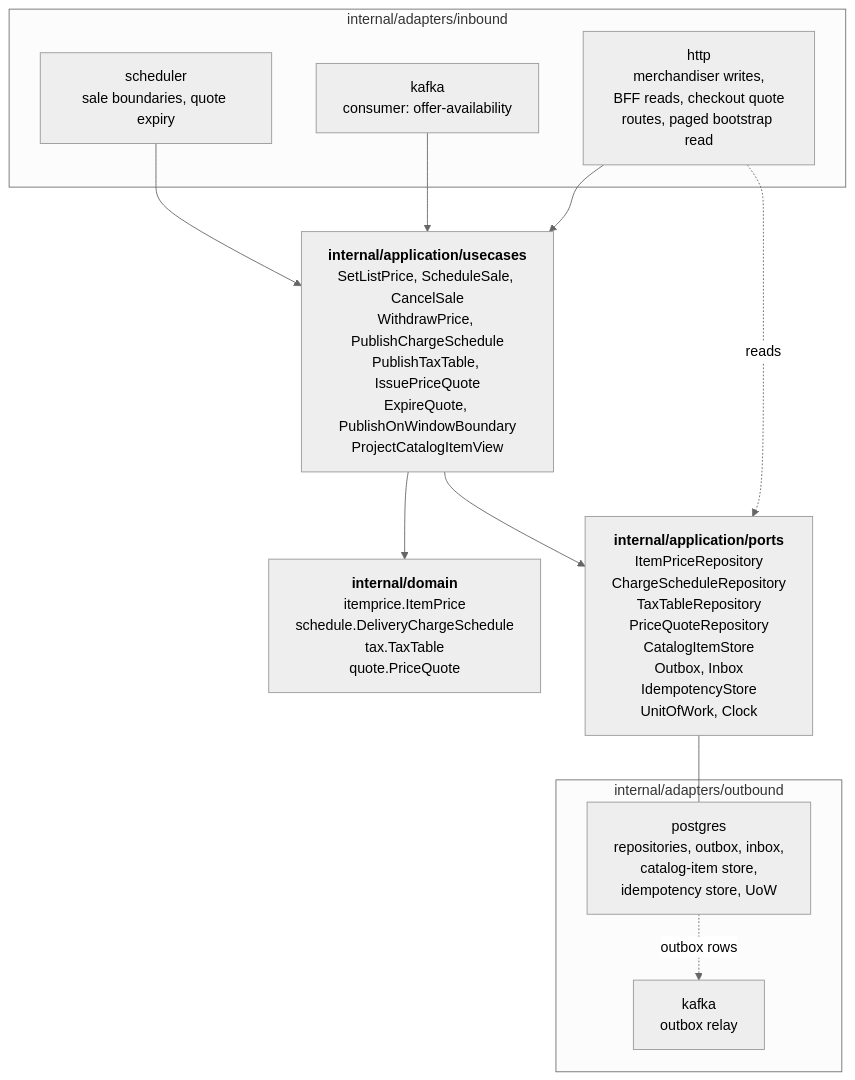
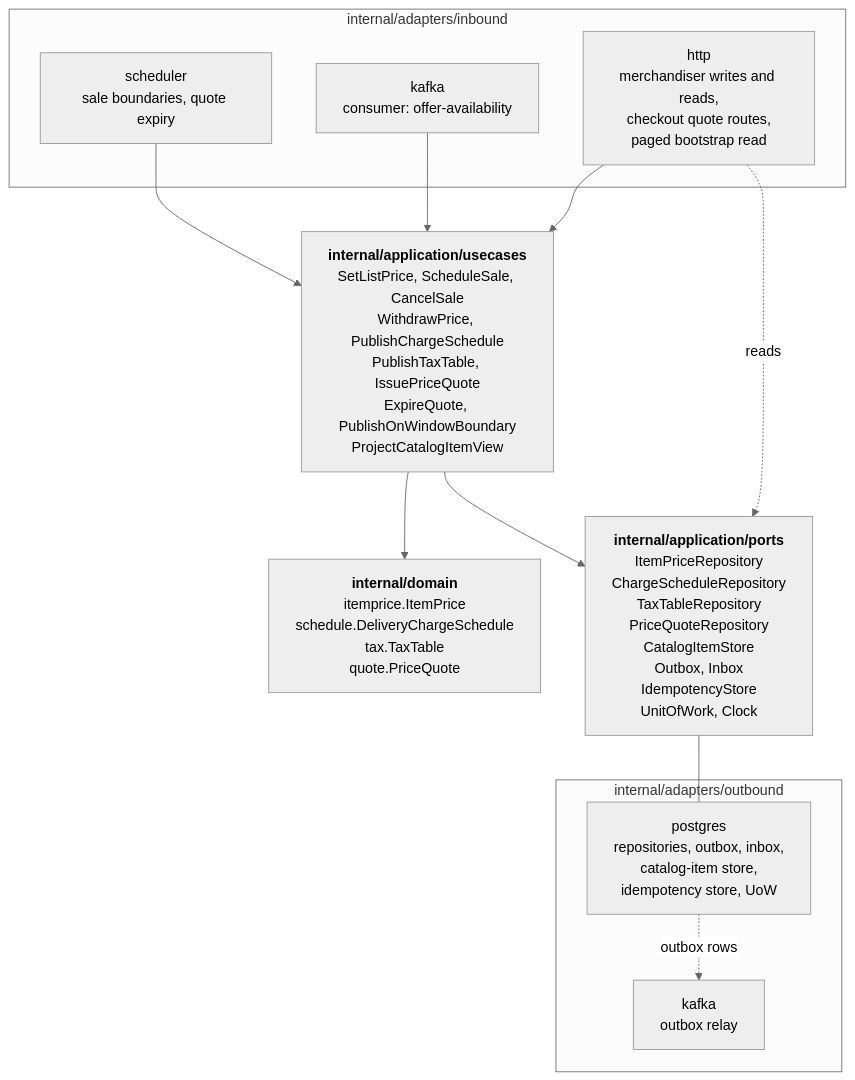
The sixth of 6 diagrams in storefront/docs/contexts/pricing/class-diagram.md (IQVO/warehouse-docs), drawn with Mermaid (neutral theme) before and after one commit. The commit also changed other lines of this file and 5 other files, not shown here.

Commit message:
docs(storefront): model-fix 3/7 - pricing pack fully revised (route, states, request fields, BFF removed from reads)

````diff
--- a/storefront/docs/contexts/pricing/class-diagram.md
+++ b/storefront/docs/contexts/pricing/class-diagram.md
@@ -268,23 +268,23 @@
 ```mermaid
 flowchart TB
     subgraph IN["internal/adapters/inbound"]
-        HTTP["http<br/>merchandiser writes,<br/>BFF reads, checkout quote<br/>routes, paged bootstrap read"]
+        HTTP["http<br/>merchandiser writes and reads,<br/>checkout quote routes,<br/>paged bootstrap read"]
         KC["kafka<br/>consumer: offer-availability"]
         SCH["scheduler<br/>sale boundaries, quote expiry"]
     end
     APP["<b>internal/application/usecases</b><br/>SetListPrice, ScheduleSale, CancelSale<br/>WithdrawPrice, PublishChargeSchedule<br/>PublishTaxTable, IssuePriceQuote<br/>ExpireQuote, PublishOnWindowBoundary<br/>ProjectCatalogItemView"]
     DOM["<b>internal/domain</b><br/>itemprice.ItemPrice<br/>schedule.DeliveryChargeSchedule<br/>tax.TaxTable<br/>quote.PriceQuote"]
     PORTS["<b>internal/application/ports</b><br/>ItemPriceRepository<br/>ChargeScheduleRepository<br/>TaxTableRepository<br/>PriceQuoteRepository<br/>CatalogItemStore<br/>Outbox, Inbox<br/>IdempotencyStore<br/>UnitOfWork, Clock"]
     subgraph OUT["internal/adapters/outbound"]
         A1["postgres<br/>repositories, outbox, inbox,<br/>catalog-item store,<br/>idempotency store, UoW"]
         A2["kafka<br/>outbox relay"]
     end
     HTTP --> APP
     KC --> APP
     SCH --> APP
     HTTP -. reads .-> PORTS
     APP --> DOM
     APP --> PORTS
     PORTS --- A1
     A1 -. outbox rows .-> A2
 ```
````
